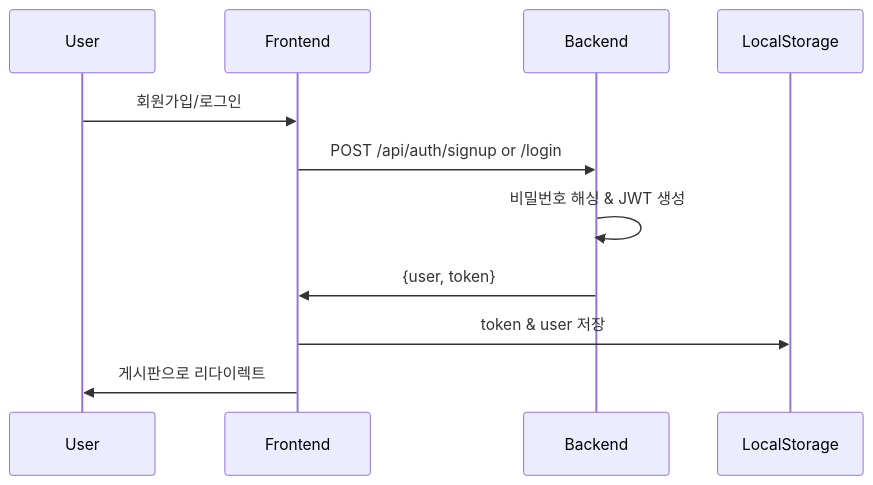
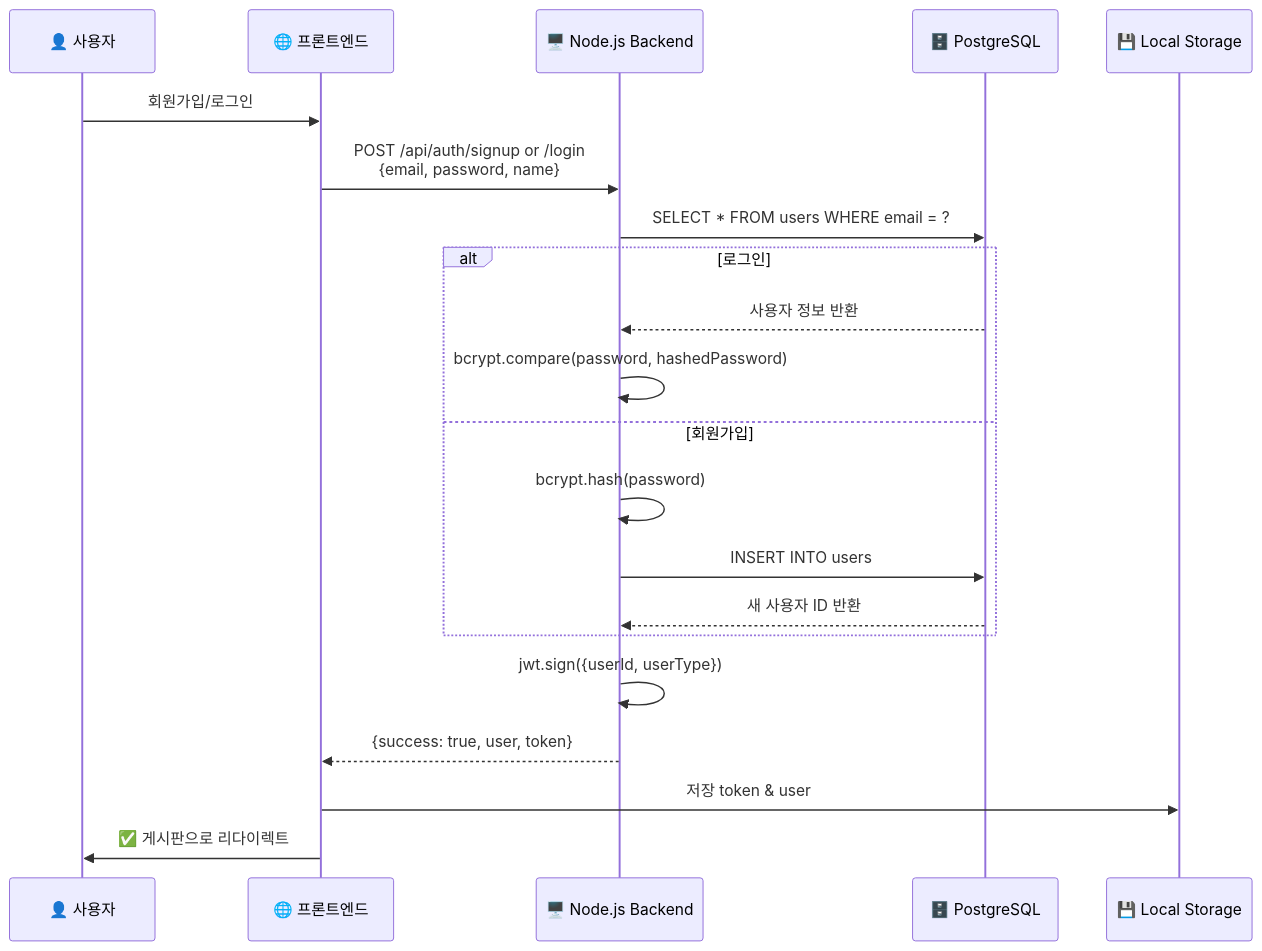
The eighth of 12 diagrams in Architecture.md (kyoe-23/DeepLearning_project), drawn with Mermaid before and after one commit. The commit also changed other lines of this file, not shown here.

````diff
--- a/Architecture.md
+++ b/Architecture.md
@@ -309,14 +495,26 @@
 ```mermaid
 sequenceDiagram
-    participant User
-    participant Frontend
-    participant Backend
-    participant LocalStorage
+    participant User as 👤 사용자
+    participant FE as 🌐 프론트엔드
+    participant BE as 🖥️ Node.js Backend
+    participant DB as 🗄️ PostgreSQL
+    participant LS as 💾 Local Storage
 
-    User->>Frontend: 회원가입/로그인
-    Frontend->>Backend: POST /api/auth/signup or /login
-    Backend->>Backend: 비밀번호 해싱 & JWT 생성
-    Backend->>Frontend: {user, token}
-    Frontend->>LocalStorage: token & user 저장
-    Frontend->>User: 게시판으로 리다이렉트
+    User->>FE: 회원가입/로그인
+    FE->>BE: POST /api/auth/signup or /login<br/>{email, password, name}
+    BE->>DB: SELECT * FROM users WHERE email = ?
+
+    alt 로그인
+        DB-->>BE: 사용자 정보 반환
+        BE->>BE: bcrypt.compare(password, hashedPassword)
+    else 회원가입
+        BE->>BE: bcrypt.hash(password)
+        BE->>DB: INSERT INTO users
+        DB-->>BE: 새 사용자 ID 반환
+    end
+
+    BE->>BE: jwt.sign({userId, userType})
+    BE-->>FE: {success: true, user, token}
+    FE->>LS: 저장 token & user
+    FE->>User: ✅ 게시판으로 리다이렉트
 ```
````
